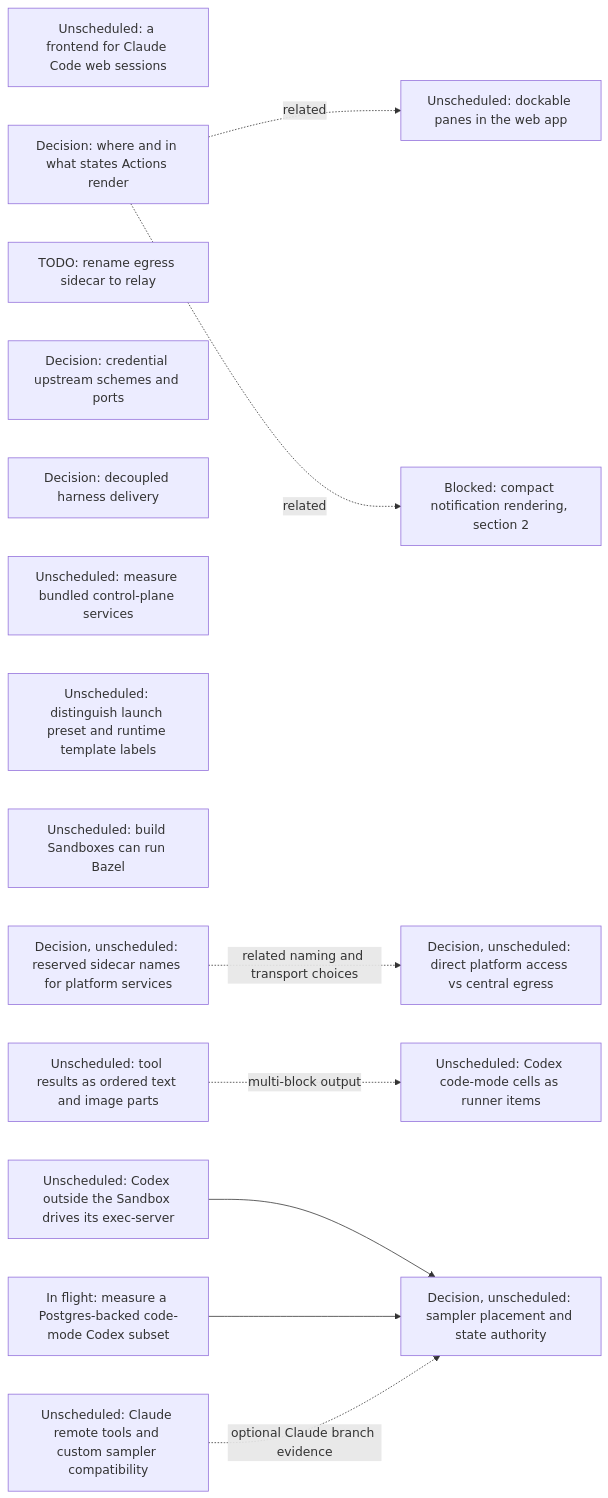
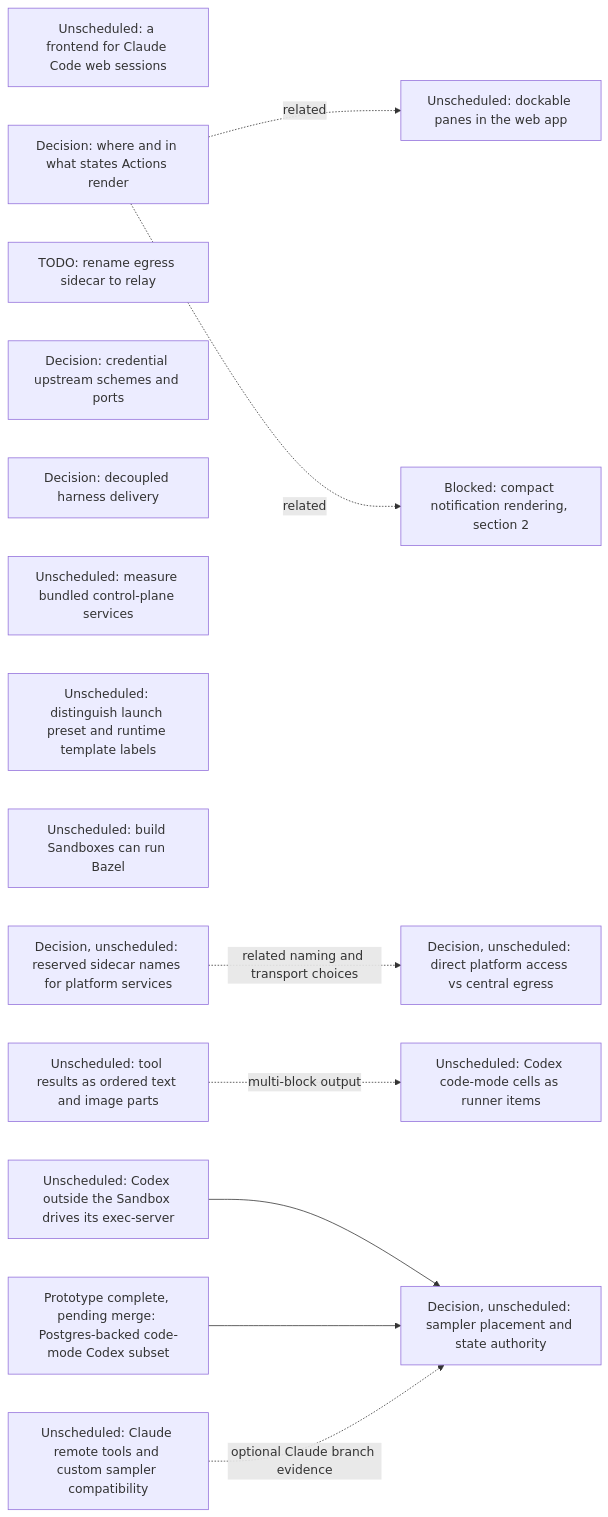
The eighth of 19 diagrams in agentplane/plans/task_dag.md (agentydragon-agent/ducktape), drawn with Mermaid before and after one commit. The commit also changed other lines of this file and 1 other file, not shown here.

Commit message:
docs(agentplane): record completed Postgres Codex spike

````diff
--- a/agentplane/plans/task_dag.md
+++ b/agentplane/plans/task_dag.md
@@ -589,26 +589,26 @@
 ```mermaid
 flowchart LR
     CLAUDE_CODE_WEB_BRIDGE[Unscheduled: a frontend for Claude Code web sessions]
     ACTION_SURFACES_DESIGN[Decision: where and in what states Actions render]
     EGRESS_RELAY_RENAME[TODO: rename egress sidecar to relay]
     EGRESS_CREDENTIAL_TRANSPORT_DESIGN[Decision: credential upstream schemes and ports]
     RUNNER_HARNESS_DELIVERY_DESIGN[Decision: decoupled harness delivery]
     K3S_BUNDLED_SERVICES_SPIKE[Unscheduled: measure bundled control-plane services]
     DOCKABLE_PANES[Unscheduled: dockable panes in the web app]
     ACTION_SURFACES_DESIGN -. related .-> DOCKABLE_PANES
     NOTIFICATION_PRESENTATION[Blocked: compact notification rendering, section 2]
     ACTION_SURFACES_DESIGN -. related .-> NOTIFICATION_PRESENTATION
     SANDBOX_FORM_TERMINOLOGY[Unscheduled: distinguish launch preset and runtime template labels]
     BUILD_BOX_BAZEL[Unscheduled: build Sandboxes can run Bazel]
     PLATFORM_SERVICE_NAMES_DESIGN[Decision, unscheduled: reserved sidecar names for platform services]
     PLATFORM_SERVICE_ROUTING_DESIGN[Decision, unscheduled: direct platform access vs central egress]
     PLATFORM_SERVICE_NAMES_DESIGN -. related naming and transport choices .-> PLATFORM_SERVICE_ROUTING_DESIGN
     STRUCTURED_TOOL_OUTPUT[Unscheduled: tool results as ordered text and image parts]
     STRUCTURED_TOOL_OUTPUT -. multi-block output .-> CODEX_CODE_MODE_CELLS[Unscheduled: Codex code-mode cells as runner items]
     CENTRAL_CODEX_SPIKE[Unscheduled: Codex outside the Sandbox drives its exec-server]
     CENTRAL_CODEX_SPIKE --> HARNESS_PLACEMENT_DESIGN[Decision, unscheduled: sampler placement and state authority]
-    POSTGRES_HARNESS_SPIKE[In flight: measure a Postgres-backed code-mode Codex subset]
+    POSTGRES_HARNESS_SPIKE[Prototype complete, pending merge: Postgres-backed code-mode Codex subset]
     POSTGRES_HARNESS_SPIKE --> HARNESS_PLACEMENT_DESIGN
     CLAUDE_REMOTE_EXECUTION_SPIKE[Unscheduled: Claude remote tools and custom sampler compatibility]
     CLAUDE_REMOTE_EXECUTION_SPIKE -. optional Claude branch evidence .-> HARNESS_PLACEMENT_DESIGN
 ```
````
